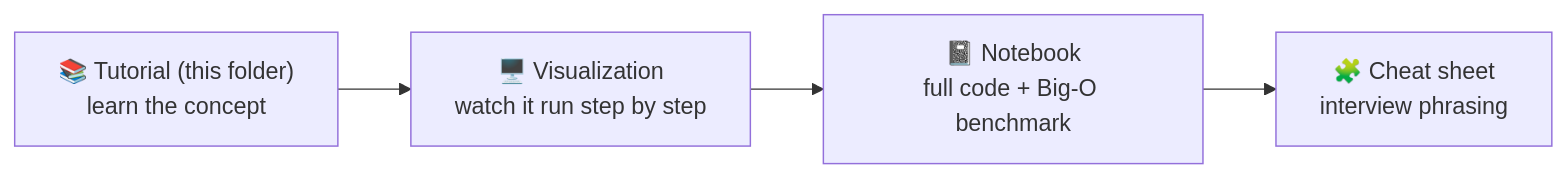
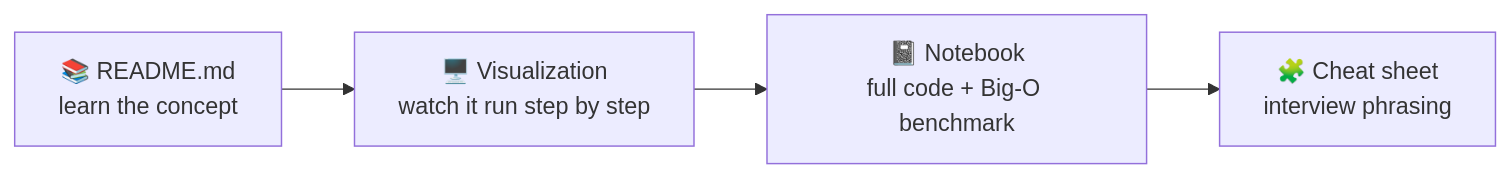
One commit to Sourav692/INTERVIEW-PREPARATION changed the diagram in DSA_Preparation/DSA_Blind 75/README.md. Above: the diagram before and after it, drawn with Mermaid. The commit also changed other lines of this file and 54 other files, not shown here.

````diff
--- a/DSA_Preparation/DSA_Blind 75/README.md
+++ b/DSA_Preparation/DSA_Blind 75/README.md
@@ -24,6 +35,6 @@
 ```mermaid
 flowchart LR
-    T["📚 Tutorial (this folder)<br/>learn the concept"] --> V["🖥️ Visualization<br/>watch it run step by step"]
+    T["📚 README.md<br/>learn the concept"] --> V["🖥️ Visualization<br/>watch it run step by step"]
     V --> N["📓 Notebook<br/>full code + Big-O benchmark"]
     N --> P["🧩 Cheat sheet<br/>interview phrasing"]
 ```
````
